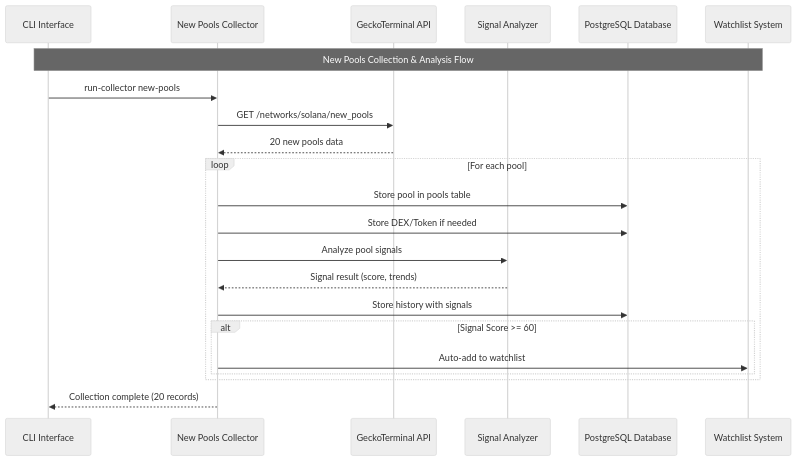
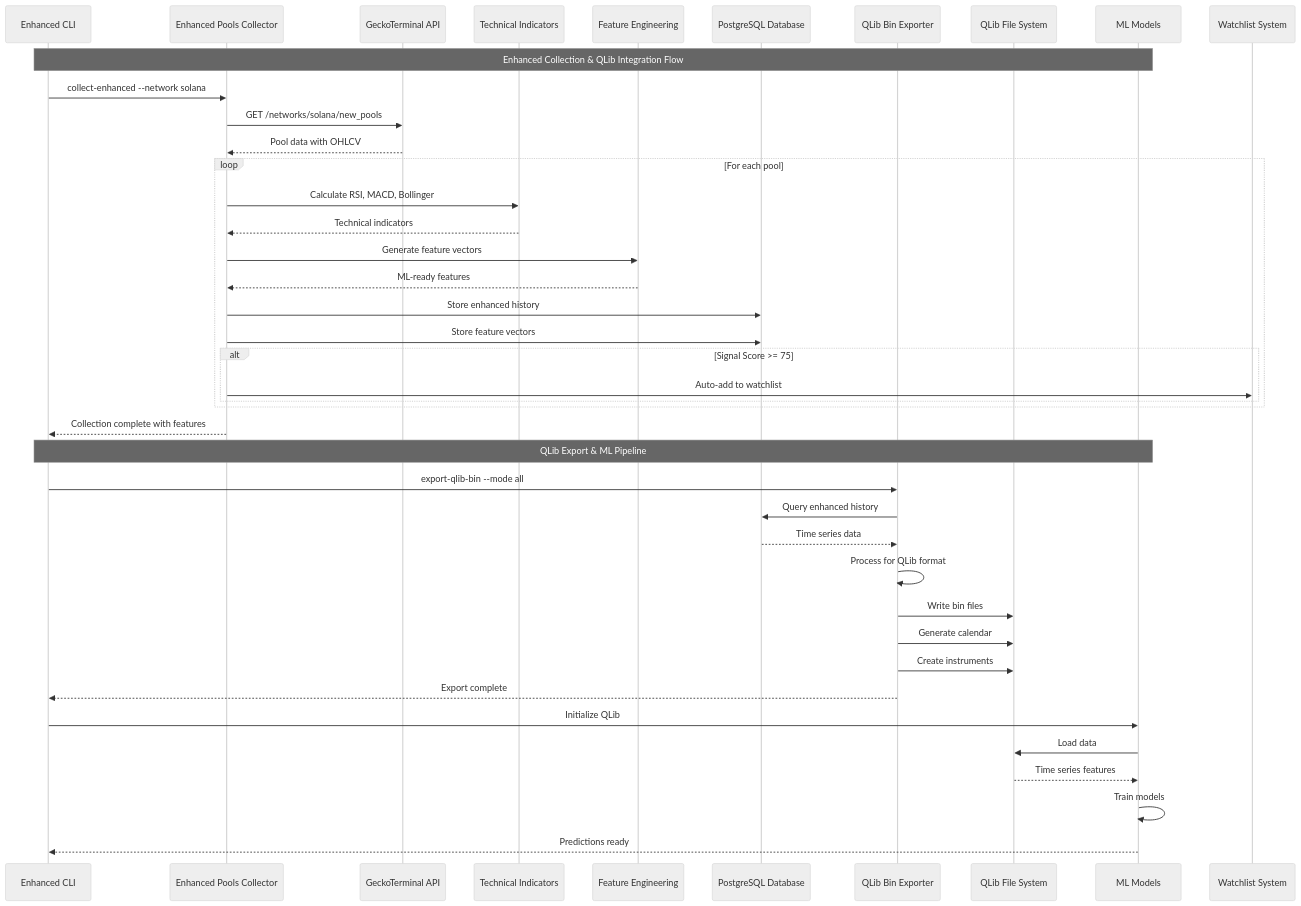
The second of 7 diagrams in specs/v4/SYSTEM_ARCHITECTURE_DIAGRAM.md (snogcel/geckoterminal_collector), drawn with Mermaid (neutral theme) before and after one commit. The commit also changed other lines of this file and 2 other files, not shown here.

````diff
--- a/specs/v4/SYSTEM_ARCHITECTURE_DIAGRAM.md
+++ b/specs/v4/SYSTEM_ARCHITECTURE_DIAGRAM.md
@@ -11,29 +93,51 @@
 ```mermaid
 sequenceDiagram
-    participant CLI as CLI Interface
-    participant NPC as New Pools Collector
+    participant CLI as Enhanced CLI
+    participant EPC as Enhanced Pools Collector
     participant API as GeckoTerminal API
-    participant SA as Signal Analyzer
+    participant TI as Technical Indicators
+    participant FE as Feature Engineering
     participant DB as PostgreSQL Database
+    participant QBE as QLib Bin Exporter
+    participant QFS as QLib File System
+    participant ML as ML Models
     participant WL as Watchlist System
     
-    Note over CLI,WL: New Pools Collection & Analysis Flow
+    Note over CLI,ML: Enhanced Collection & QLib Integration Flow
     
-    CLI->>NPC: run-collector new-pools
-    NPC->>API: GET /networks/solana/new_pools
-    API-->>NPC: 20 new pools data
+    CLI->>EPC: collect-enhanced --network solana
+    EPC->>API: GET /networks/solana/new_pools
+    API-->>EPC: Pool data with OHLCV
     
     loop For each pool
-        NPC->>DB: Store pool in pools table
-        NPC->>DB: Store DEX/Token if needed
-        NPC->>SA: Analyze pool signals
-        SA-->>NPC: Signal result (score, trends)
-        NPC->>DB: Store history with signals
+        EPC->>TI: Calculate RSI, MACD, Bollinger
+        TI-->>EPC: Technical indicators
+        EPC->>FE: Generate feature vectors
+        FE-->>EPC: ML-ready features
+        EPC->>DB: Store enhanced history
+        EPC->>DB: Store feature vectors
         
-        alt Signal Score >= 60
-            NPC->>WL: Auto-add to watchlist
+        alt Signal Score >= 75
+            EPC->>WL: Auto-add to watchlist
         end
     end
     
-    NPC-->>CLI: Collection complete (20 records)
+    EPC-->>CLI: Collection complete with features
+    
+    Note over CLI,ML: QLib Export & ML Pipeline
+    
+    CLI->>QBE: export-qlib-bin --mode all
+    QBE->>DB: Query enhanced history
+    DB-->>QBE: Time series data
+    QBE->>QBE: Process for QLib format
+    QBE->>QFS: Write bin files
+    QBE->>QFS: Generate calendar
+    QBE->>QFS: Create instruments
+    QBE-->>CLI: Export complete
+    
+    CLI->>ML: Initialize QLib
+    ML->>QFS: Load data
+    QFS-->>ML: Time series features
+    ML->>ML: Train models
+    ML-->>CLI: Predictions ready
 ```
````
